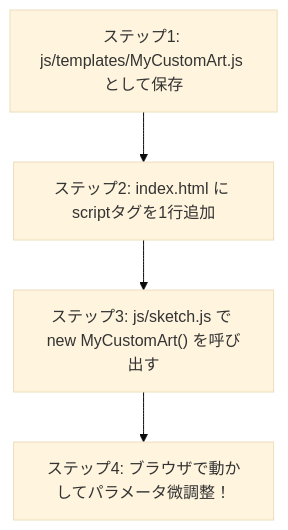
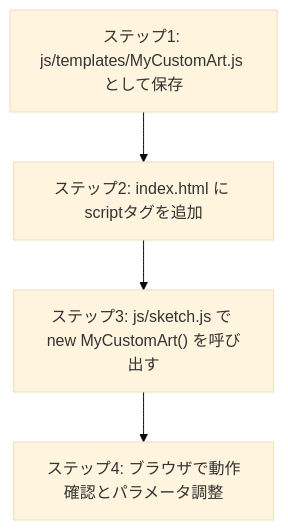
The third of 3 diagrams in ws1/2nd/ai-content/_lectures/04_p5jsとセンサー.md (takagino/tri-education), drawn with Mermaid (base theme) before and after one commit. The commit also changed other lines of this file and 9 other files, not shown here.

Commit message:
feat: add sensor integration and update generative art templates for p5.js workshop

````diff
--- a/ws1/2nd/ai-content/_lectures/04_p5jsとセンサー.md
+++ b/ws1/2nd/ai-content/_lectures/04_p5jsとセンサー.md
@@ -427,6 +919,6 @@
 ```mermaid
 graph TD
-    S1["ステップ1: js/templates/MyCustomArt.js として保存"] --> S2["ステップ2: index.html に scriptタグを1行追加"]
+    S1["ステップ1: js/templates/MyCustomArt.js として保存"] --> S2["ステップ2: index.html に scriptタグを追加"]
     S2 --> S3["ステップ3: js/sketch.js で new MyCustomArt() を呼び出す"]
-    S3 --> S4["ステップ4: ブラウザで動かしてパラメータ微調整！"]
+    S3 --> S4["ステップ4: ブラウザで動作確認とパラメータ調整"]
 ```
````
